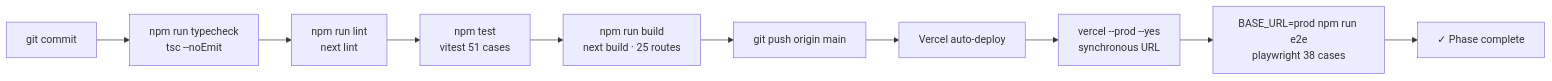
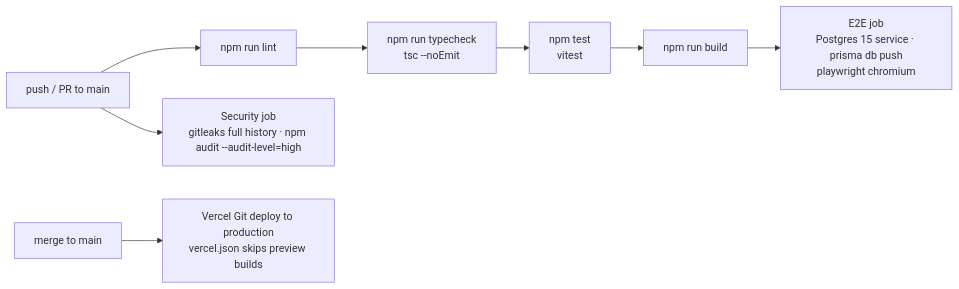
The seventh of 10 diagrams in ARCHITECTURE.md (gengirish/awaazos), drawn with Mermaid before and after one commit. The commit also changed other lines of this file and 50 other files, not shown here.

````diff
--- a/ARCHITECTURE.md
+++ b/ARCHITECTURE.md
@@ -511,12 +581,10 @@
 ```mermaid
 flowchart LR
-    Code[git commit] --> TC[npm run typecheck<br/>tsc --noEmit]
-    TC --> Lint[npm run lint<br/>next lint]
-    Lint --> Unit[npm test<br/>vitest 51 cases]
-    Unit --> Build[npm run build<br/>next build · 25 routes]
-    Build --> Push[git push origin main]
-    Push --> Vercel[Vercel auto-deploy]
-    Vercel --> CLIDeploy[vercel --prod --yes<br/>synchronous URL]
-    CLIDeploy --> E2E[BASE_URL=prod npm run e2e<br/>playwright 38 cases]
-    E2E --> Done[✓ Phase complete]
+    Push[push / PR to main] --> Lint[npm run lint]
+    Lint --> TC[npm run typecheck<br/>tsc --noEmit]
+    TC --> Unit[npm test<br/>vitest]
+    Unit --> Build[npm run build]
+    Build --> E2E[E2E job<br/>Postgres 15 service · prisma db push<br/>playwright chromium]
+    Push --> Sec[Security job<br/>gitleaks full history · npm audit --audit-level=high]
+    Main[merge to main] --> Vercel[Vercel Git deploy to production<br/>vercel.json skips preview builds]
 ```
````
